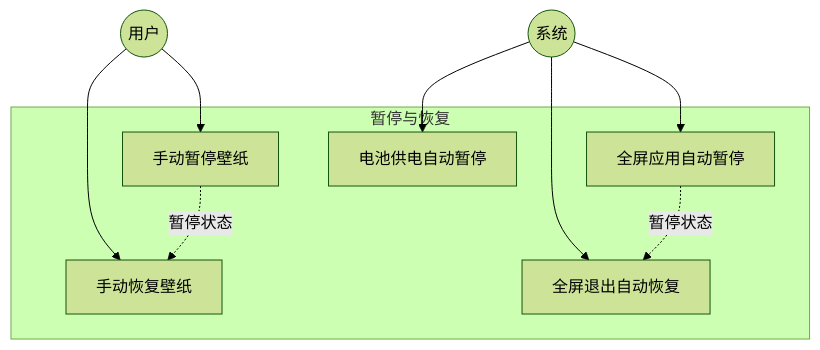
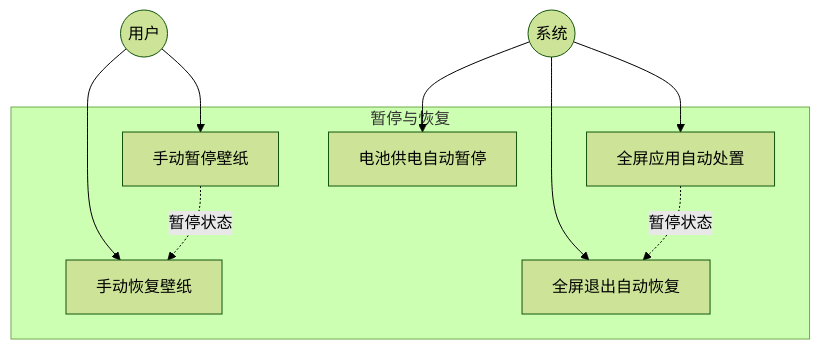
The third of 4 diagrams in docs/01-需求文档/04-用例-Use-Cases.md (Wunseol/mirrorstar-wallpaper), drawn with Mermaid (forest theme) before and after one commit. The commit also changed other lines of this file and 42 other files, not shown here.

````diff
--- a/docs/01-需求文档/04-用例-Use-Cases.md
+++ b/docs/01-需求文档/04-用例-Use-Cases.md
@@ -110,22 +119,22 @@
 ```mermaid
 graph TB
     Actor((用户))
     System((系统))
 
     subgraph 暂停与恢复
         UC1[手动暂停壁纸]
         UC2[手动恢复壁纸]
-        UC3[全屏应用自动暂停]
+        UC3[全屏应用自动处置]
         UC4[全屏退出自动恢复]
         UC5[电池供电自动暂停]
     end
 
     Actor --> UC1
     Actor --> UC2
     System --> UC3
     System --> UC4
     System --> UC5
 
     UC1 -.->|暂停状态| UC2
     UC3 -.->|暂停状态| UC4
 ```
````
